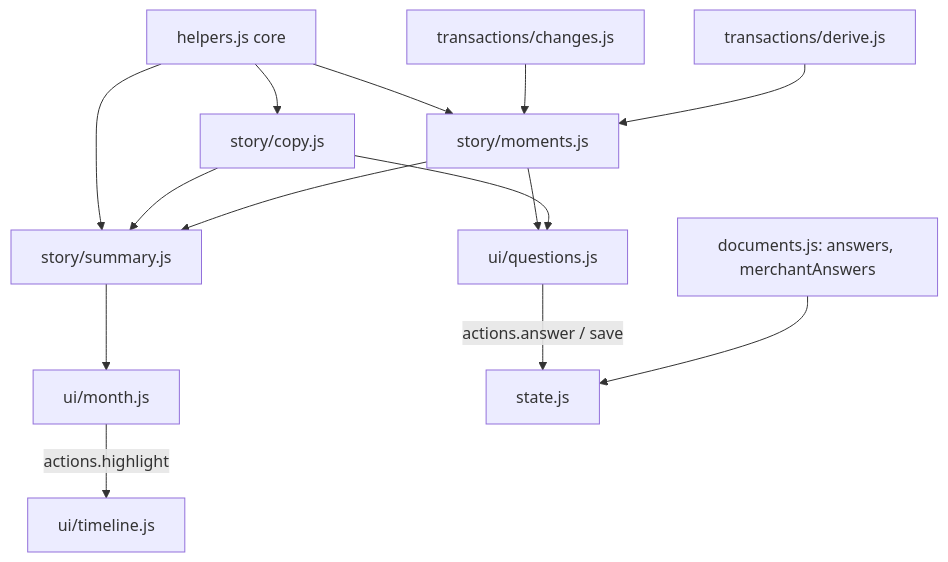
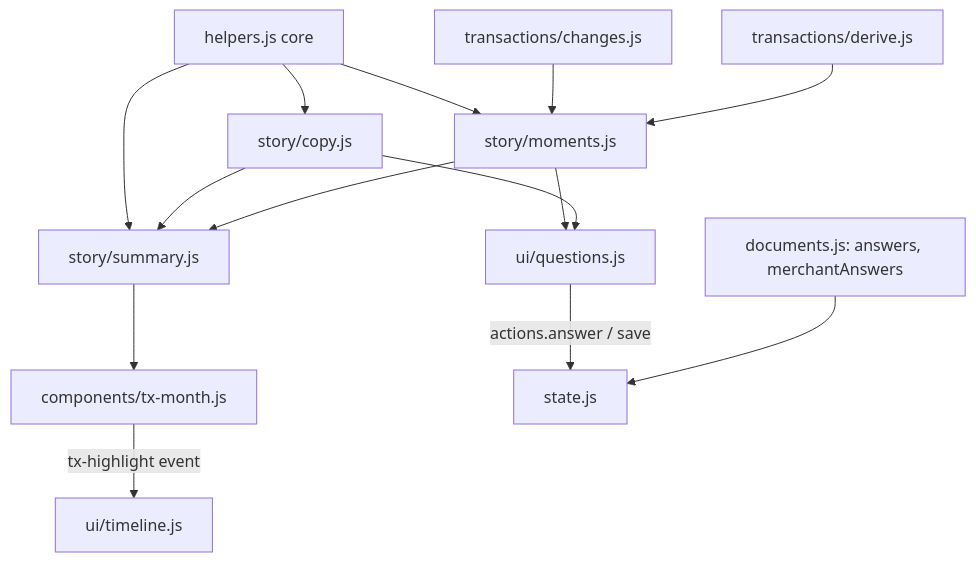
Before and after one commit to adieyal/transactions: the third of 3 diagrams in docs/architecture.md, drawn with Mermaid. The commit also changed other lines of this file and 2 other files, not shown here.

Commit message:
docs: ADR 0009, web components as the UI boundary; architecture section 4a and backlog R13–R15

````diff
--- a/docs/architecture.md
+++ b/docs/architecture.md
@@ -386,14 +408,14 @@
 ```mermaid
 flowchart TD
   derive[transactions/derive.js] --> moments[story/moments.js]
   changes[transactions/changes.js] --> moments
   moments --> summary[story/summary.js]
   copy[story/copy.js] --> summary
   copy --> questionsUI
   moments --> questionsUI[ui/questions.js]
-  summary --> monthUI[ui/month.js]
+  summary --> monthUI[components/tx-month.js]
   docs[documents.js: answers, merchantAnswers] --> state[state.js]
   questionsUI -- "actions.answer / save" --> state
-  monthUI -- "actions.highlight" --> timeline[ui/timeline.js]
+  monthUI -- "tx-highlight event" --> timeline[ui/timeline.js]
   helpers[helpers.js core] --> moments & copy & summary
 ```
````
